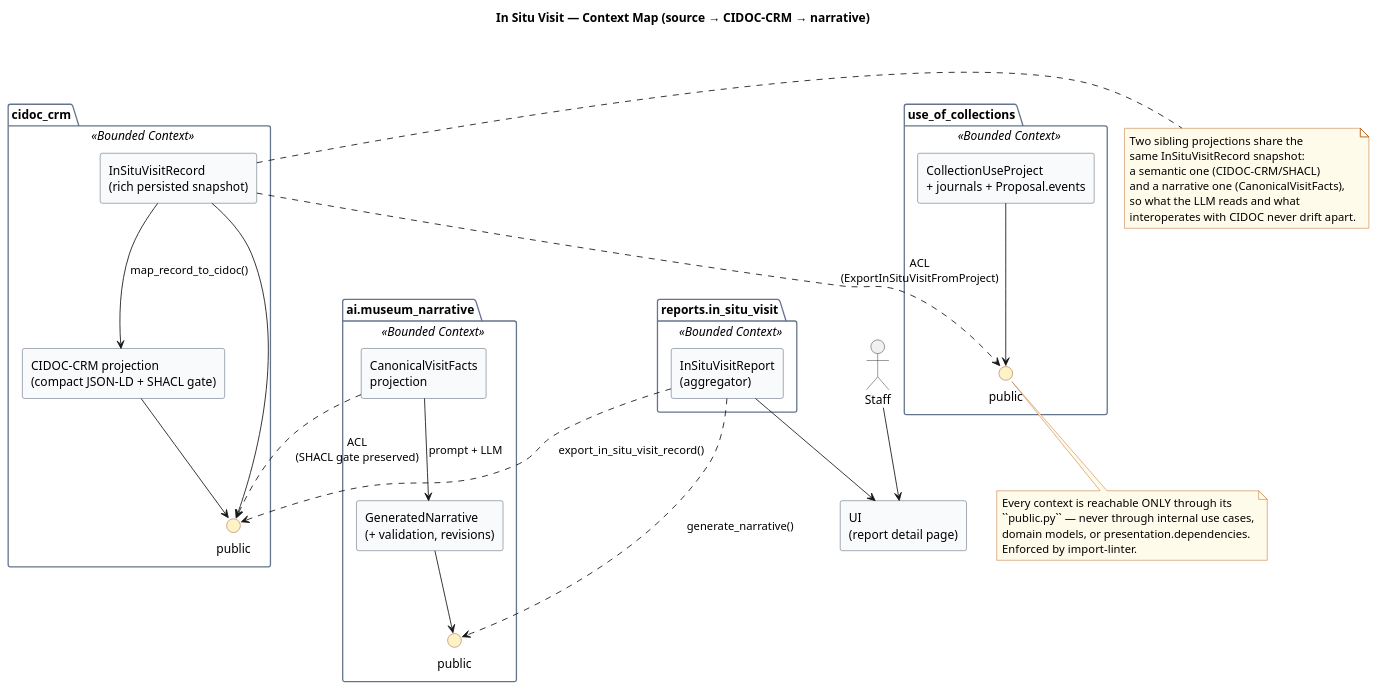
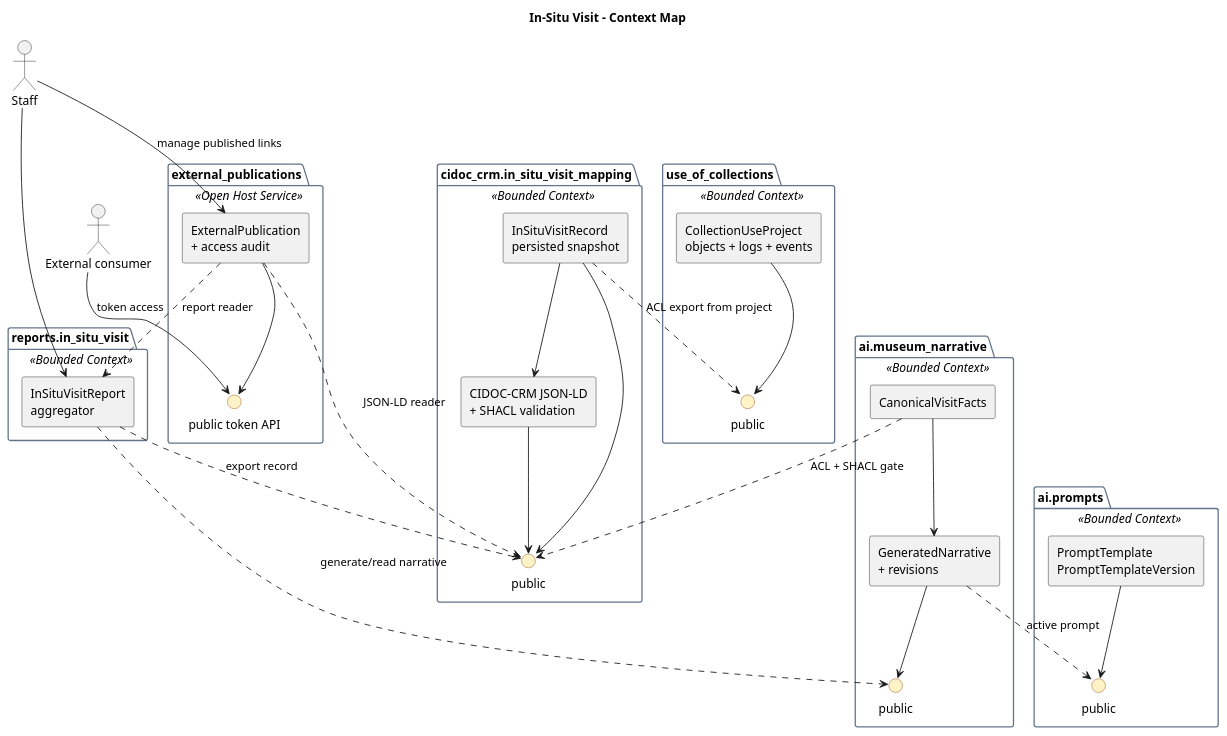
Before and after one commit to marcosduchinski/vitarerum: the diagram in docs/diagrams/in-situ-visit-context-map.puml, drawn with PlantUML. The commit also changed 22 other files, not shown here.

```diff
--- a/docs/diagrams/in-situ-visit-context-map.puml
+++ b/docs/diagrams/in-situ-visit-context-map.puml
@@ -1,79 +1,73 @@
 @startuml in-situ-visit-context-map
-title In Situ Visit — Context Map (source → CIDOC-CRM → narrative)
+title In-Situ Visit - Context Map
 
 skinparam componentStyle rectangle
 skinparam shadowing false
-skinparam component {
-  BackgroundColor #F8FAFC
-  BorderColor #334155
+skinparam package {
+  BackgroundColor #FFFFFF
+  BorderColor #64748B
 }
 skinparam interface {
   BackgroundColor #FEF3C7
   BorderColor #92400E
-}
-skinparam package {
-  BackgroundColor #FFFFFF
-  BorderColor #64748B
 }
 skinparam note {
   BackgroundColor #FFFBEB
   BorderColor #B45309
 }
 
 actor "Staff" as staff
+actor "External consumer" as external
 
 package "use_of_collections" <<Bounded Context>> {
-  component "CollectionUseProject\n+ journals + Proposal.events" as uoc_domain
+  component "CollectionUseProject\nobjects + logs + events" as uoc_domain
   interface "public" as uoc_public
   uoc_domain --> uoc_public
 }
 
-package "cidoc_crm" <<Bounded Context>> {
-  component "InSituVisitRecord\n(rich persisted snapshot)" as cidoc_record
-  component "CIDOC-CRM projection\n(compact JSON-LD + SHACL gate)" as cidoc_projection
+package "cidoc_crm.in_situ_visit_mapping" <<Bounded Context>> {
+  component "InSituVisitRecord\npersisted snapshot" as cidoc_record
+  component "CIDOC-CRM JSON-LD\n+ SHACL validation" as cidoc_projection
   interface "public" as cidoc_public
-  cidoc_record --> cidoc_projection : map_record_to_cidoc()
+  cidoc_record --> cidoc_projection
   cidoc_record --> cidoc_public
   cidoc_projection --> cidoc_public
 }
 
+package "ai.prompts" <<Bounded Context>> {
+  component "PromptTemplate\nPromptTemplateVersion" as prompt_model
+  interface "public" as prompts_public
+  prompt_model --> prompts_public
+}
+
 package "ai.museum_narrative" <<Bounded Context>> {
-  component "CanonicalVisitFacts\nprojection" as facts_projection
-  component "GeneratedNarrative\n(+ validation, revisions)" as narrative
+  component "CanonicalVisitFacts" as facts
+  component "GeneratedNarrative\n+ revisions" as narrative
   interface "public" as narrative_public
-  facts_projection --> narrative : prompt + LLM
+  facts --> narrative
   narrative --> narrative_public
 }
 
 package "reports.in_situ_visit" <<Bounded Context>> {
-  component "InSituVisitReport\n(aggregator)" as report
+  component "InSituVisitReport\naggregator" as report
 }
 
-component "UI\n(report detail page)" as ui
+package "external_publications" <<Open Host Service>> {
+  component "ExternalPublication\n+ access audit" as publication
+  interface "public token API" as external_api
+  publication --> external_api
+}
 
-' -- dependencies, published language only --
-cidoc_record ..> uoc_public : ACL\n(ExportInSituVisitFromProject)
-facts_projection ..> cidoc_public : ACL\n(SHACL gate preserved)
-report ..> cidoc_public : export_in_situ_visit_record()
-report ..> narrative_public : generate_narrative()
+staff --> report
+staff --> publication : manage published links
+external --> external_api : token access
 
-report --> ui
-staff --> ui
-
-note bottom of uoc_public
-  Every context is reachable ONLY through its
-  ``public.py`` — never through internal use cases,
-  domain models, or presentation.dependencies.
-  Enforced by import-linter.
-end note
-
-note right of cidoc_record
-  Two sibling projections share the
-  same InSituVisitRecord snapshot:
-  a semantic one (CIDOC-CRM/SHACL)
-  and a narrative one (CanonicalVisitFacts),
-  so what the LLM reads and what
-  interoperates with CIDOC never drift apart.
-end note
+cidoc_record ..> uoc_public : ACL export from project
+facts ..> cidoc_public : ACL + SHACL gate
+narrative ..> prompts_public : active prompt
+report ..> cidoc_public : export record
+report ..> narrative_public : generate/read narrative
+publication ..> report : report reader
+publication ..> cidoc_public : JSON-LD reader
 
 @enduml
```
